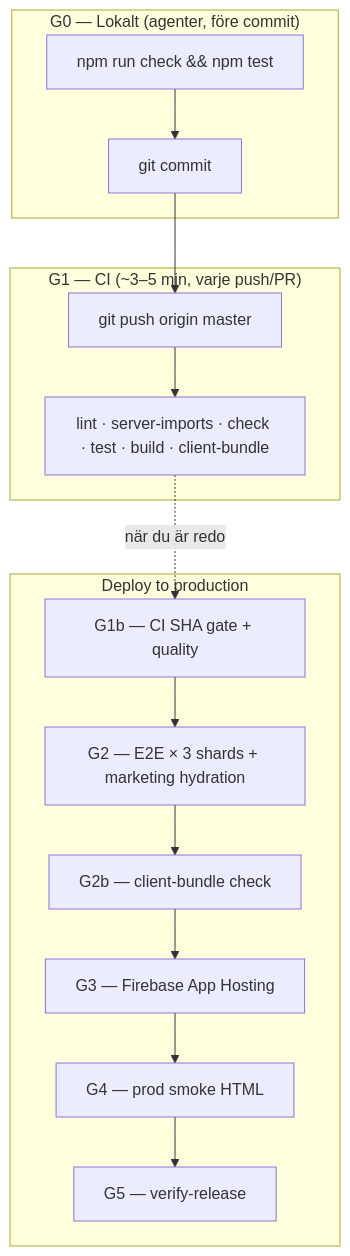
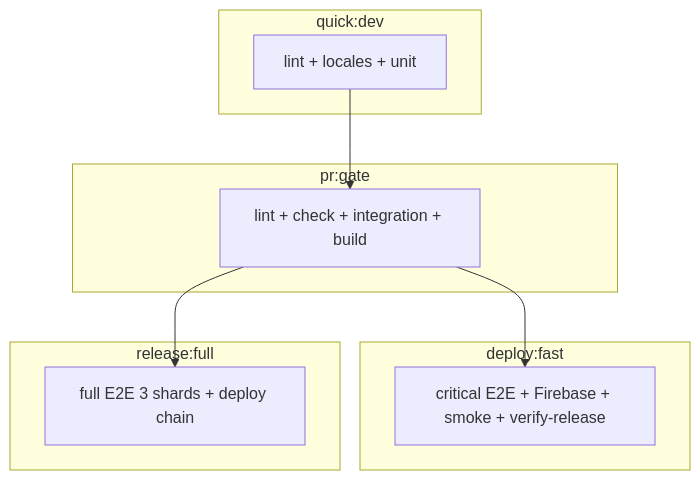
Before and after one commit to arpi09/grocery-manager: the diagram in docs/CI_CD.md, drawn with Mermaid. The commit also changed other lines of this file and 19 other files, not shown here.

First line of the commit message:
chore(ci): tiered test gates and deploy lanes (CI/CD v2)

````diff
--- a/docs/CI_CD.md
+++ b/docs/CI_CD.md
@@ -11,27 +11,18 @@
 ```mermaid
 flowchart TB
-  subgraph G0["G0 — Lokalt (agenter, före commit)"]
-    check[npm run check && npm test]
-    commit[git commit]
-    check --> commit
+  subgraph tier0 [quick:dev]
+    QD[lint + locales + unit]
   end
-
-  subgraph G1["G1 — CI (~3–5 min, varje push/PR)"]
-    push[git push origin master]
-    q[lint · server-imports · check · test · build · client-bundle]
-    push --> q
+  subgraph tier1 [pr:gate]
+    PG[lint + check + integration + build]
   end
-
-  subgraph release["Deploy to production"]
-    G1b[G1b — CI SHA gate + quality]
-    G2[G2 — E2E × 3 shards + marketing hydration]
-    G2b[G2b — client-bundle check]
-    G3[G3 — Firebase App Hosting]
-    G4[G4 — prod smoke HTML]
-    G5[G5 — verify-release]
-    G1b --> G2 --> G2b --> G3 --> G4 --> G5
+  subgraph tier2 [deploy:fast]
+    DF[critical E2E + Firebase + smoke + verify-release]
   end
-
-  commit --> push
-  q -.->|när du är redo| G1b
+  subgraph tier3 [release:full]
+    RF[full E2E 3 shards + deploy chain]
+  end
+  QD --> PG
+  PG --> DF
+  PG --> RF
 ```
````
